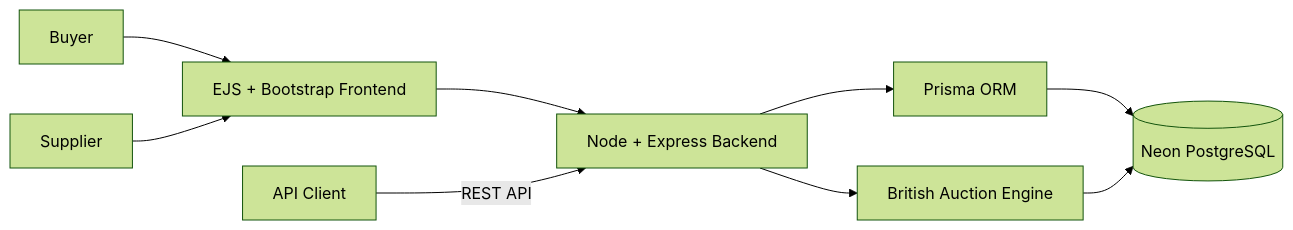
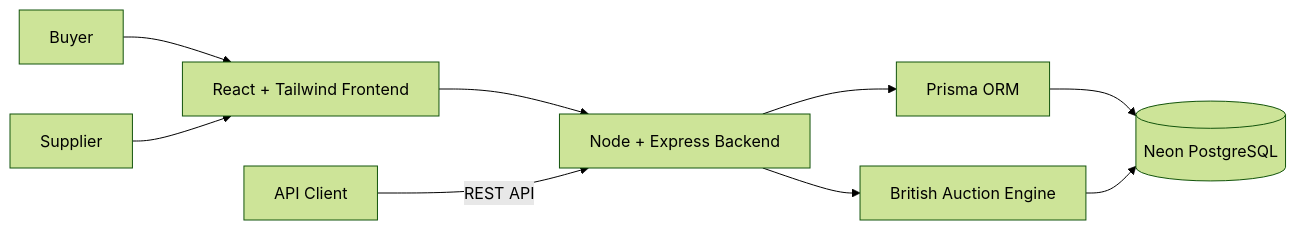
The first of 2 diagrams in docs/HLD.md (anujsoni3/British-Auction-System), drawn with Mermaid (forest theme) before and after one commit. The commit also changed other lines of this file and 43 other files, not shown here.

````diff
--- a/docs/HLD.md
+++ b/docs/HLD.md
@@ -5,11 +5,11 @@
 ```mermaid
 flowchart LR
-  Buyer[Buyer] --> EJS[EJS + Bootstrap Frontend]
-  Supplier[Supplier] --> EJS
-  EJS --> Express[Node + Express Backend]
+  Buyer[Buyer] --> Web[React + Tailwind Frontend]
+  Supplier[Supplier] --> Web
+  Web --> Express[Node + Express Backend]
   Client[API Client] -->|REST API| Express
   Express --> AuctionEngine[British Auction Engine]
   Express --> Prisma[Prisma ORM]
   Prisma --> Postgres[(Neon PostgreSQL)]
   AuctionEngine --> Postgres
 ```
````
